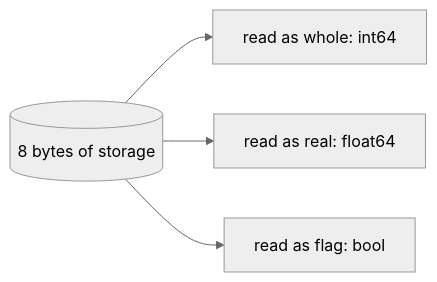
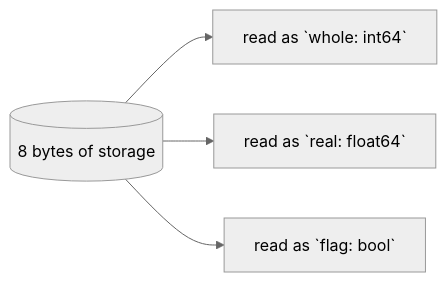
Before and after one commit to rux-lang/Web: the diagram in content/docs/1.learn/15.memory/08.union.md, drawn with Mermaid (neutral theme). The commit also changed 187 other files, not shown here.

First line of the commit message:
Draw the Learn diagrams for phones, with code in the mono face

````diff
--- a/content/docs/1.learn/15.memory/08.union.md
+++ b/content/docs/1.learn/15.memory/08.union.md
@@ -46,6 +46,6 @@
 ```mermaid
 flowchart LR
-    bytes[("8 bytes of storage")] --> w["read as whole: int64"]
-    bytes --> r["read as real: float64"]
-    bytes --> f["read as flag: bool"]
+    bytes[("8 bytes of storage")] --> w["read as `whole: int64`"]
+    bytes --> r["read as `real: float64`"]
+    bytes --> f["read as `flag: bool`"]
 ```
````
